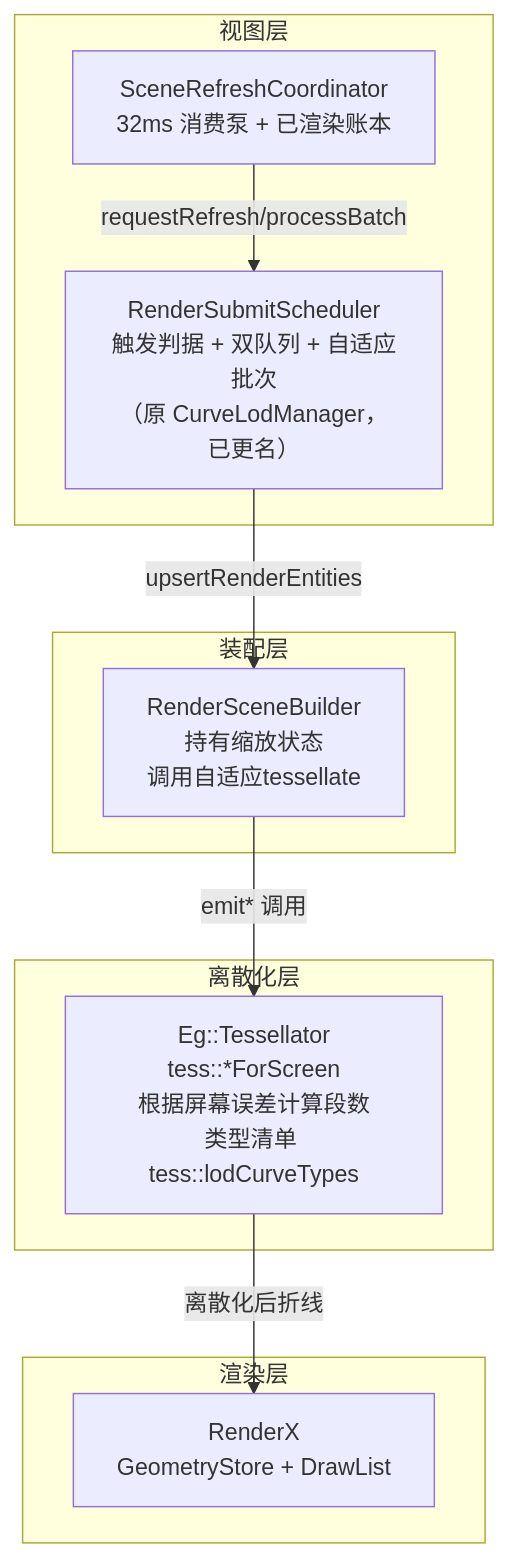
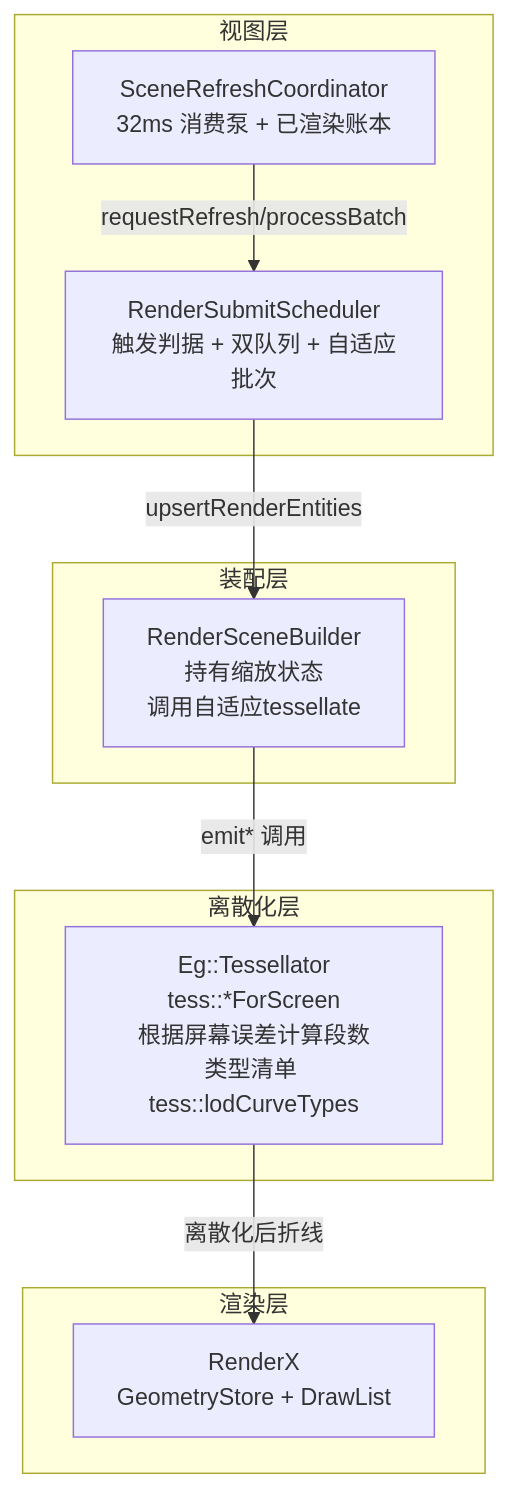
One commit to yulinxx/CAD changed the third of 3 diagrams in Docs/03-渲染主链/LOD多级细节跨层设计.md. Above: the diagram before and after it, drawn with Mermaid. The commit also changed 52 other files, not shown here.

````diff
--- a/Docs/03-渲染主链/LOD多级细节跨层设计.md
+++ b/Docs/03-渲染主链/LOD多级细节跨层设计.md
@@ -167,24 +167,24 @@
 ```mermaid
 flowchart TB
     subgraph 视图层
         A[SceneRefreshCoordinator<br/>32ms 消费泵 + 已渲染账本]
-        S[RenderSubmitScheduler<br/>触发判据 + 双队列 + 自适应批次<br/>（原 CurveLodManager，已更名）]
+        S[RenderSubmitScheduler<br/>触发判据 + 双队列 + 自适应批次]
     end
 
     subgraph 装配层
         B[RenderSceneBuilder<br/>持有缩放状态<br/>调用自适应tessellate]
     end
 
     subgraph 离散化层
         C[Eg::Tessellator<br/>tess::*ForScreen<br/>根据屏幕误差计算段数<br/>类型清单 tess::lodCurveTypes]
     end
 
     subgraph 渲染层
         D[RenderX<br/>GeometryStore + DrawList]
     end
 
     A -->|requestRefresh/processBatch| S
     S -->|upsertRenderEntities| B
     B -->|emit* 调用| C
     C -->|离散化后折线| D
 ```
````
